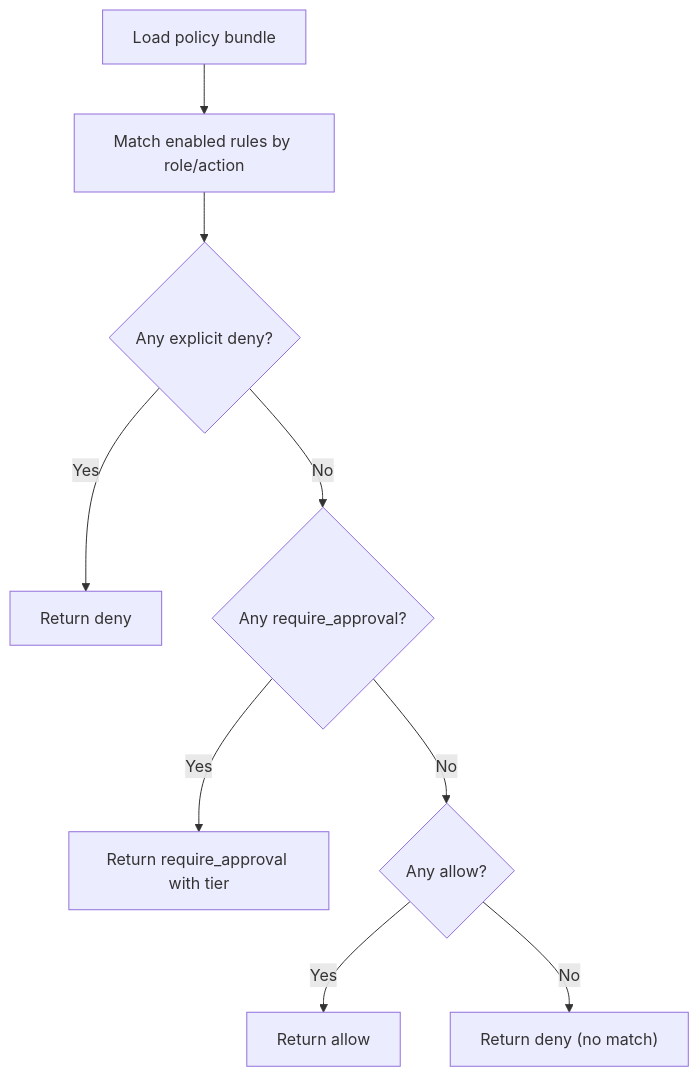
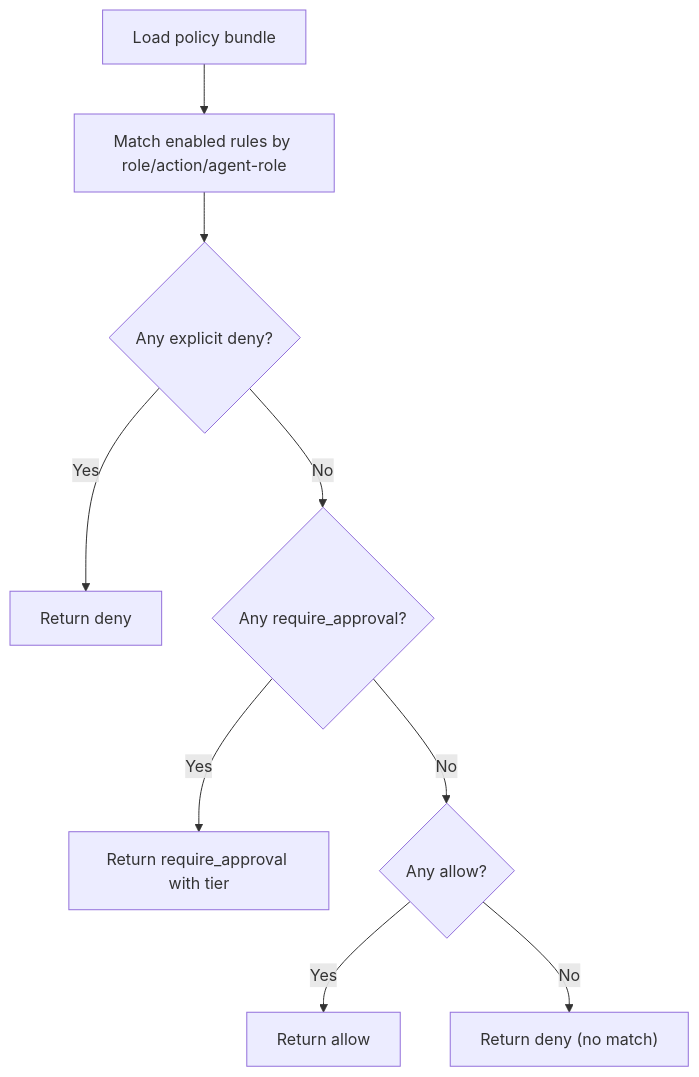
The eighth of 15 diagrams in .qoder/repowiki/en/content/Security and Authorization/Security and Authorization.md (metasync/luban-aiops), drawn with Mermaid before and after one commit. The commit also changed other lines of this file and 128 other files, not shown here.

````diff
--- a/.qoder/repowiki/en/content/Security and Authorization/Security and Authorization.md
+++ b/.qoder/repowiki/en/content/Security and Authorization/Security and Authorization.md
@@ -331,11 +375,11 @@
 ```mermaid
 flowchart TD
-Load["Load policy bundle"] --> Match["Match enabled rules by role/action"]
+Load["Load policy bundle"] --> Match["Match enabled rules by role/action/agent-role"]
 Match --> DenyCheck{"Any explicit deny?"}
 DenyCheck -- Yes --> Deny["Return deny"]
 DenyCheck -- No --> ApprovalCheck{"Any require_approval?"}
 ApprovalCheck -- Yes --> Approval["Return require_approval with tier"]
 ApprovalCheck -- No --> AllowCheck{"Any allow?"}
 AllowCheck -- Yes --> Allow["Return allow"]
 AllowCheck -- No --> DefaultDeny["Return deny (no match)"]
 ```
````
